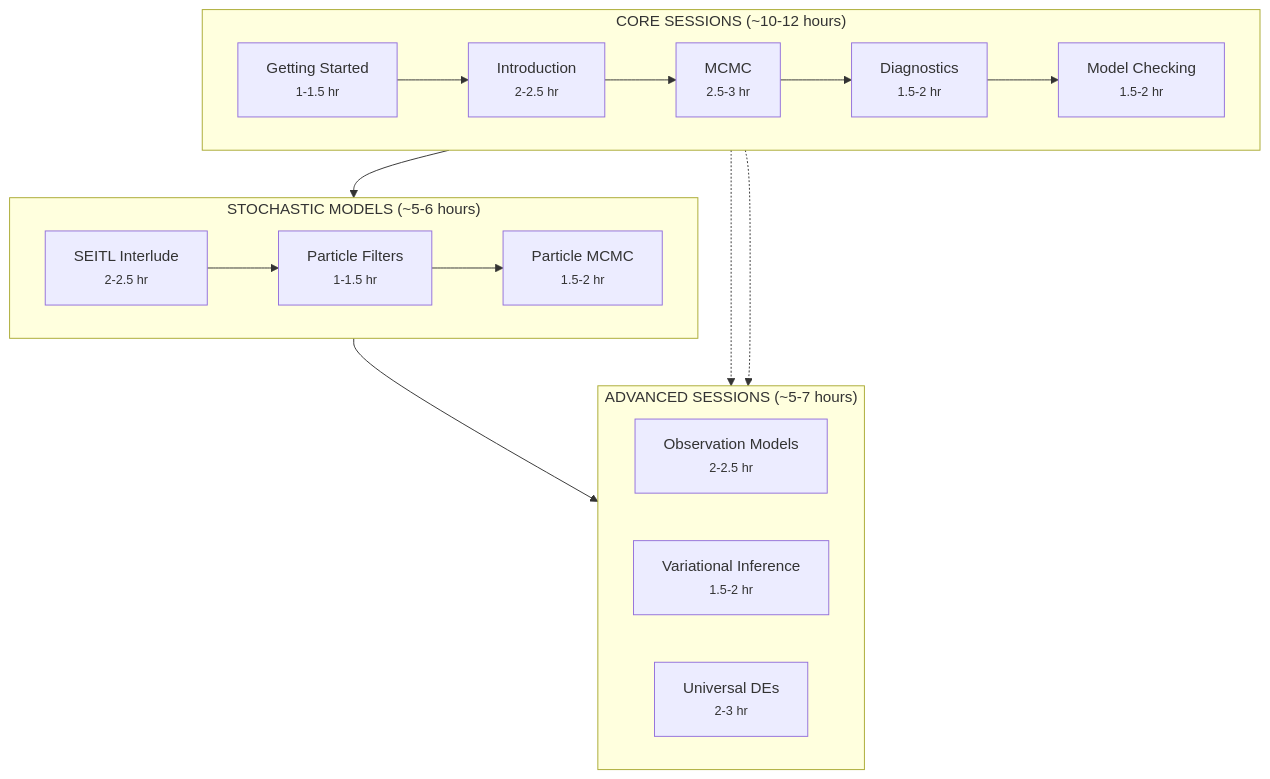
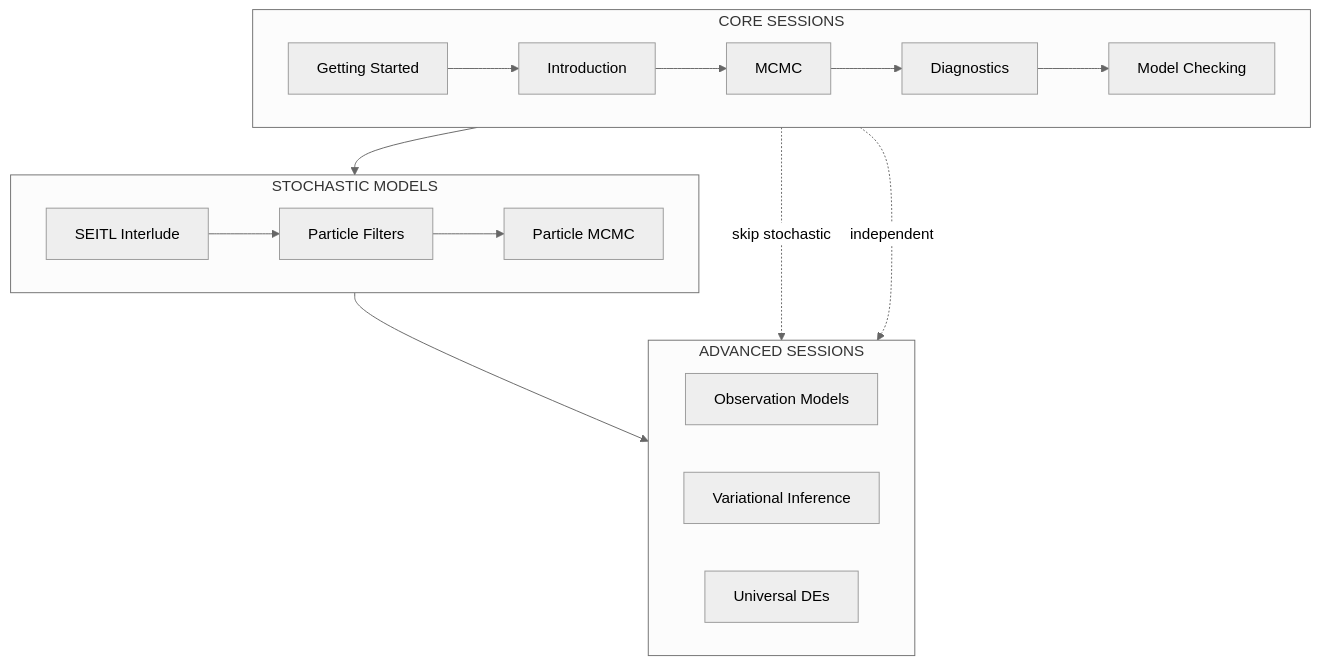
One commit to sbfnk/mfiidd changed the diagram in sessions/getting-started.qmd. Above: the diagram before and after it, drawn with Mermaid. The commit also changed other lines of this file, not shown here.

Commit message:
Fix Mermaid diagram styling and layout
- Use neutral theme for dark mode compatibility
- Move times from nodes to separate table (cleaner layout)
- Add labels to alternative paths
- Simplify node labels

````diff
--- a/sessions/getting-started.qmd
+++ b/sessions/getting-started.qmd
@@ -53,29 +53,30 @@
 ```{mermaid}
 %%| fig-width: 8
+%%{init: {'theme': 'neutral'}}%%
 flowchart TB
-    subgraph core["CORE SESSIONS (~10-12 hours)"]
+    subgraph core["CORE SESSIONS"]
         direction LR
-        A["Getting Started<br/><small>1-1.5 hr</small>"] --> B["Introduction<br/><small>2-2.5 hr</small>"]
-        B --> C["MCMC<br/><small>2.5-3 hr</small>"]
-        C --> D["Diagnostics<br/><small>1.5-2 hr</small>"]
-        D --> E["Model Checking<br/><small>1.5-2 hr</small>"]
+        A[Getting Started] --> B[Introduction]
+        B --> C[MCMC]
+        C --> D[Diagnostics]
+        D --> E[Model Checking]
     end
 
-    subgraph stoch["STOCHASTIC MODELS (~5-6 hours)"]
+    subgraph stoch["STOCHASTIC MODELS"]
         direction LR
-        F["SEITL Interlude<br/><small>2-2.5 hr</small>"] --> G["Particle Filters<br/><small>1-1.5 hr</small>"]
-        G --> H["Particle MCMC<br/><small>1.5-2 hr</small>"]
+        F[SEITL Interlude] --> G[Particle Filters]
+        G --> H[Particle MCMC]
     end
 
-    subgraph adv["ADVANCED SESSIONS (~5-7 hours)"]
+    subgraph adv["ADVANCED SESSIONS"]
         direction LR
-        I["Observation Models<br/><small>2-2.5 hr</small>"]
-        J["Variational Inference<br/><small>1.5-2 hr</small>"]
-        K["Universal DEs<br/><small>2-3 hr</small>"]
+        I[Observation Models]
+        J[Variational Inference]
+        K[Universal DEs]
     end
 
     core --> stoch
     stoch --> adv
-    C -.-> J
-    B -.-> K
+    C -.->|skip stochastic| J
+    B -.->|independent| K
 ```
````
